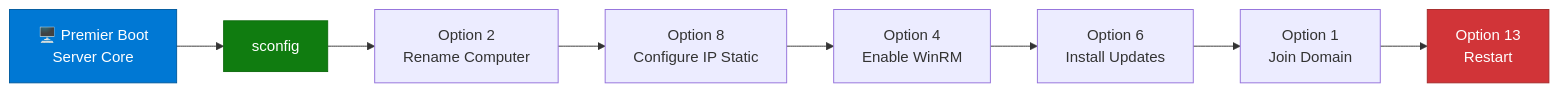
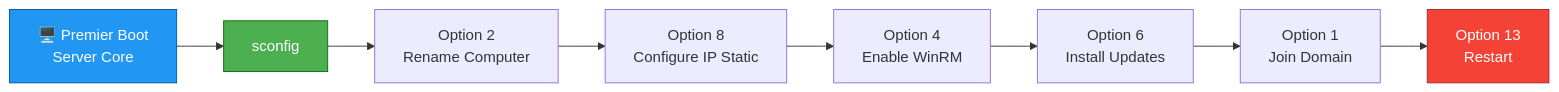
One commit to VBlackJack/ShellBook changed the second of 4 diagrams in docs/formations/windows-server/01-module.md. Above: the diagram before and after it, drawn with Mermaid. The commit also changed other lines of this file and 337 other files, not shown here.

First line of the commit message:
refactor(docs): Standardize code blocks and Mermaid colors

````diff
--- a/docs/formations/windows-server/01-module.md
+++ b/docs/formations/windows-server/01-module.md
@@ -162,14 +162,14 @@
 ```mermaid
 flowchart LR
     A[🖥️ Premier Boot<br/>Server Core] --> B[sconfig]
     B --> C[Option 2<br/>Rename Computer]
     C --> D[Option 8<br/>Configure IP Static]
     D --> E[Option 4<br/>Enable WinRM]
     E --> F[Option 6<br/>Install Updates]
     F --> G[Option 1<br/>Join Domain]
     G --> H[Option 13<br/>Restart]
 
-    style A fill:#0078d4,stroke:#005a9e,color:#fff
-    style B fill:#107c10,stroke:#0e6b0e,color:#fff
-    style H fill:#d13438,stroke:#a52a2a,color:#fff
+    style A fill:#2196F3,stroke:#005a9e,color:#fff
+    style B fill:#4CAF50,stroke:#0e6b0e,color:#fff
+    style H fill:#f44336,stroke:#a52a2a,color:#fff
 ```
````
